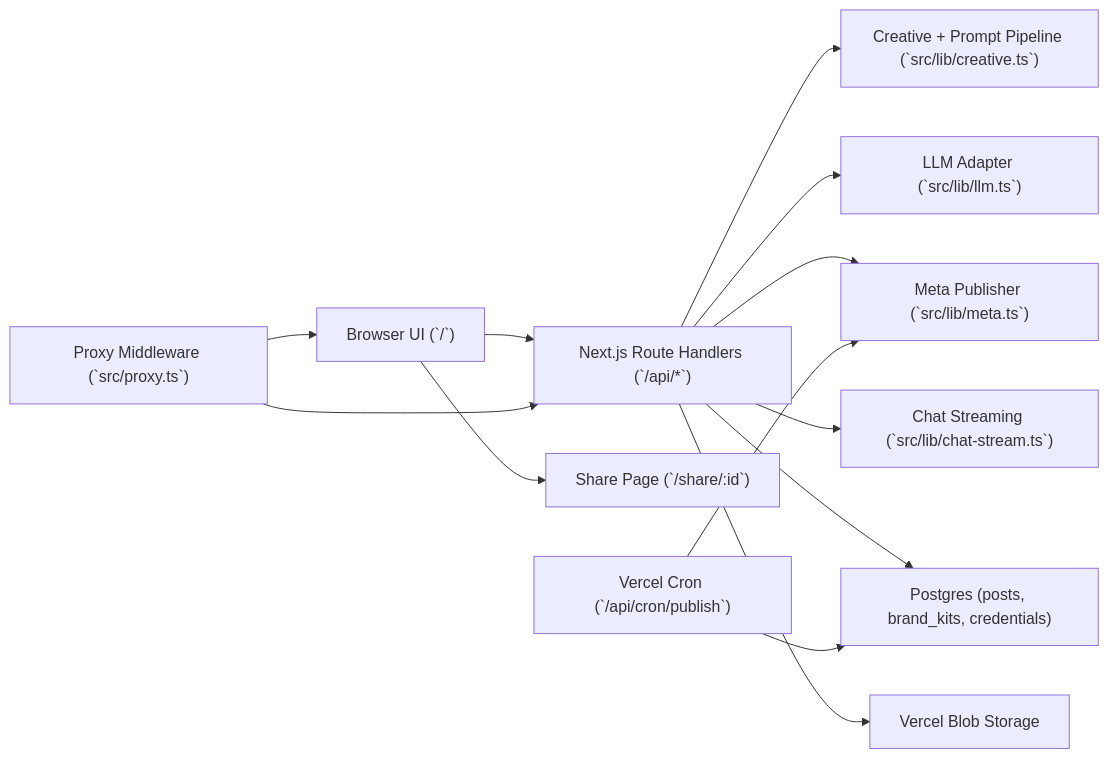
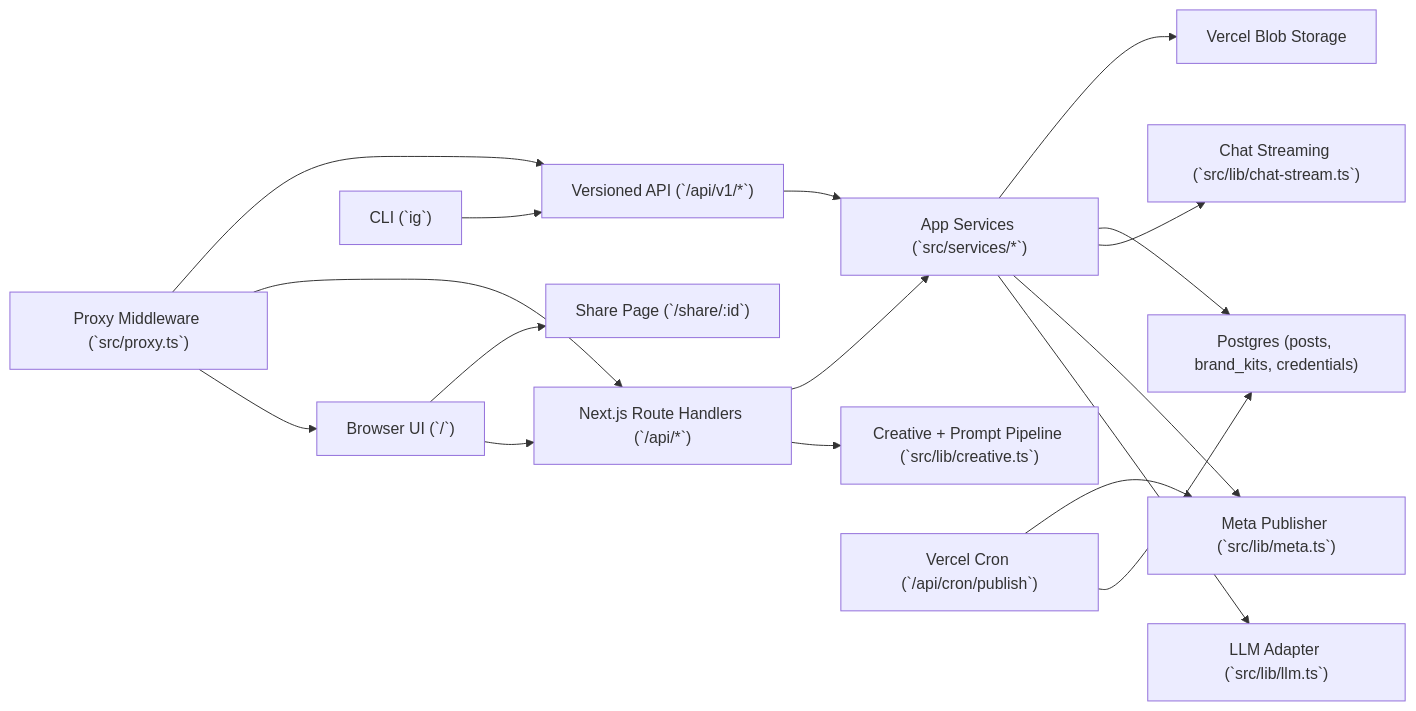
One commit to 3twos/ig-poster changed the diagram in docs/architecture.md. Above: the diagram before and after it, drawn with Mermaid. The commit also changed other lines of this file and 36 other files, not shown here.

````diff
--- a/docs/architecture.md
+++ b/docs/architecture.md
@@ -13,15 +13,19 @@
 ```mermaid
 flowchart LR
   U["Browser UI (`/`)"] --> API["Next.js Route Handlers (`/api/*`)"]
+  CLI["CLI (`ig`)"] --> APIV1["Versioned API (`/api/v1/*`)"]
   U --> SHARE["Share Page (`/share/:id`)"]
   API --> CREATIVE["Creative + Prompt Pipeline (`src/lib/creative.ts`)"]
-  API --> LLM["LLM Adapter (`src/lib/llm.ts`)"]
-  API --> META["Meta Publisher (`src/lib/meta.ts`)"]
-  API --> CHAT["Chat Streaming (`src/lib/chat-stream.ts`)"]
-  API --> PG["Postgres (posts, brand_kits, credentials)"]
-  API --> BLOB["Vercel Blob Storage"]
+  APIV1 --> POSTSVC["App Services (`src/services/*`)"]
+  API --> POSTSVC
+  POSTSVC --> LLM["LLM Adapter (`src/lib/llm.ts`)"]
+  POSTSVC --> META["Meta Publisher (`src/lib/meta.ts`)"]
+  POSTSVC --> CHAT["Chat Streaming (`src/lib/chat-stream.ts`)"]
+  POSTSVC --> PG["Postgres (posts, brand_kits, credentials)"]
+  POSTSVC --> BLOB["Vercel Blob Storage"]
   CRON["Vercel Cron (`/api/cron/publish`)"] --> PG
   CRON --> META
   MW["Proxy Middleware (`src/proxy.ts`)"] --> U
   MW --> API
+  MW --> APIV1
 ```
````
